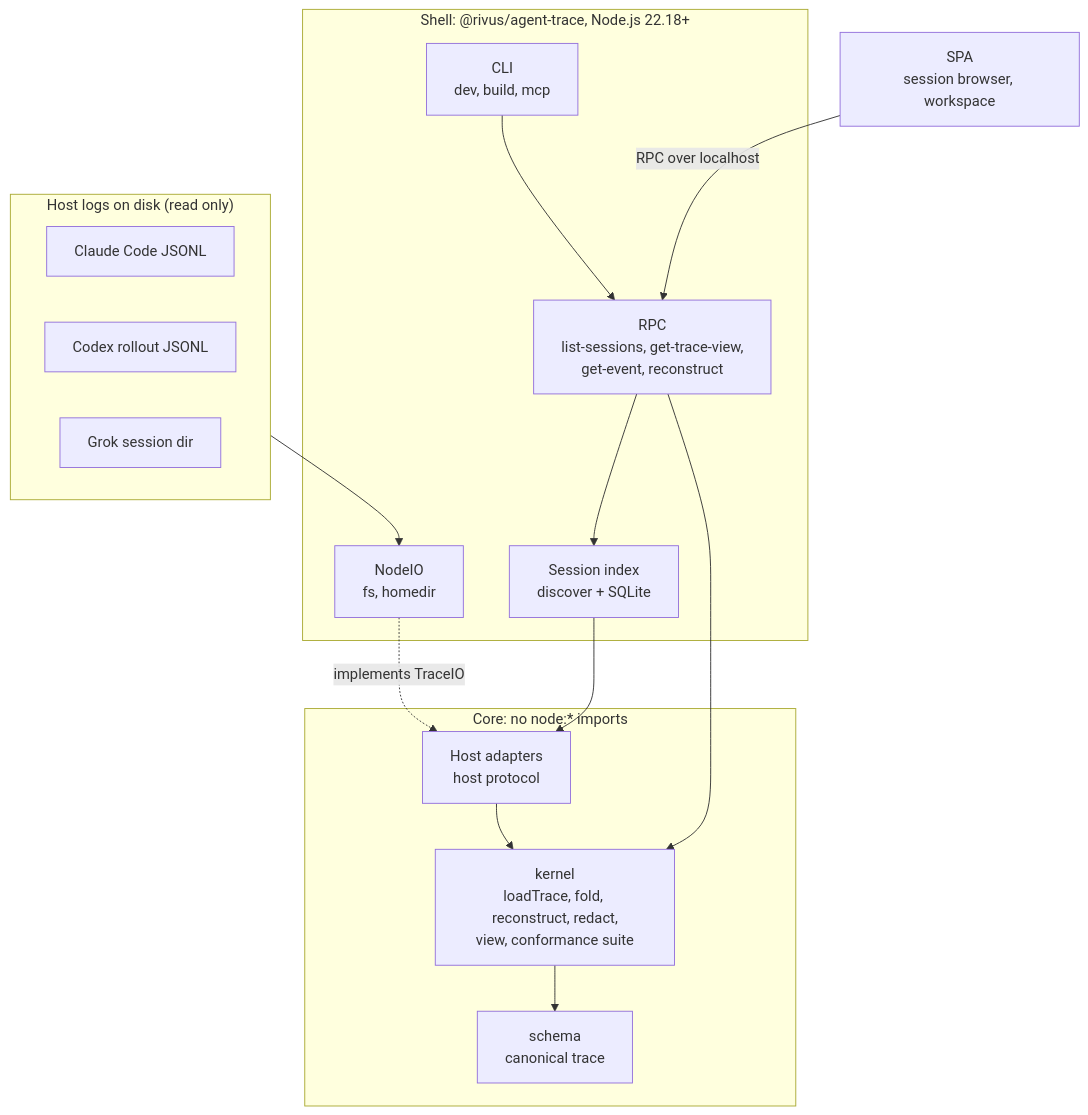
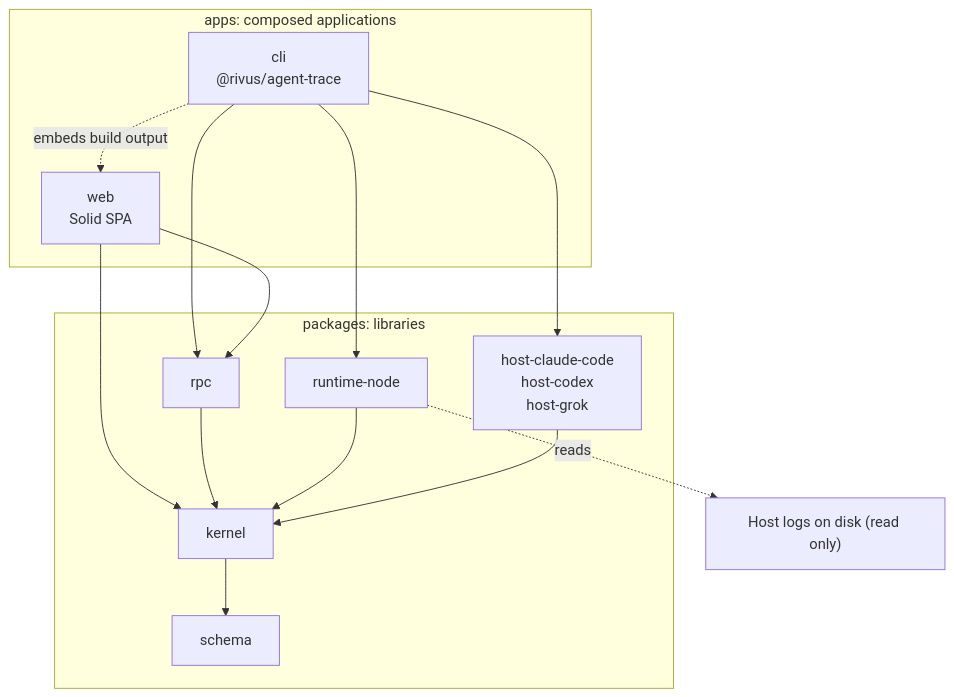
Before and after one commit to PerfectPan/estela: the first of 4 diagrams in docs/plans/0001-external-release.md, drawn with Mermaid. The commit also changed other lines of this file and 2 other files, not shown here.

First line of the commit message:
docs: lay out apps and packages under the @rivus scope in Plan 0001

````diff
--- a/docs/plans/0001-external-release.md
+++ b/docs/plans/0001-external-release.md
@@ -105,29 +107,26 @@
 ```mermaid
 flowchart TB
-  subgraph hosts["Host logs on disk (read only)"]
-    cc["Claude Code JSONL"]
-    cx["Codex rollout JSONL"]
-    gk["Grok session dir"]
+  subgraph apps["apps: composed applications"]
+    cli["cli<br/>@rivus/agent-trace"]
+    web["web<br/>Solid SPA"]
   end
-  subgraph core["Core: no node:* imports"]
-    ad["Host adapters<br/>host protocol"]
-    kernel["kernel<br/>loadTrace, fold, reconstruct, redact,<br/>view, conformance suite"]
-    schema["schema<br/>canonical trace"]
+  subgraph packages["packages: libraries"]
+    rpc["rpc"]
+    rt["runtime-node"]
+    hosts["host-claude-code<br/>host-codex<br/>host-grok"]
+    kernel["kernel"]
+    schema["schema"]
   end
-  subgraph shell["Shell: @rivus/agent-trace, Node.js 22.18+"]
-    io["NodeIO<br/>fs, homedir"]
-    idx["Session index<br/>discover + SQLite"]
-    rpc["RPC<br/>list-sessions, get-trace-view,<br/>get-event, reconstruct"]
-    cli["CLI<br/>dev, build, mcp"]
-  end
-  spa["SPA<br/>session browser, workspace"]
-
-  hosts --> io
-  io -. "implements TraceIO" .-> ad
-  ad --> kernel --> schema
-  idx --> ad
-  rpc --> idx
+  logs["Host logs on disk (read only)"]
+  cli --> rpc
+  cli --> rt
+  cli --> hosts
+  cli -. "embeds build output" .-> web
+  web --> rpc
+  web --> kernel
   rpc --> kernel
-  cli --> rpc
-  spa -- "RPC over localhost" --> rpc
+  rt --> kernel
+  hosts --> kernel
+  kernel --> schema
+  rt -. "reads" .-> logs
 ```
````
